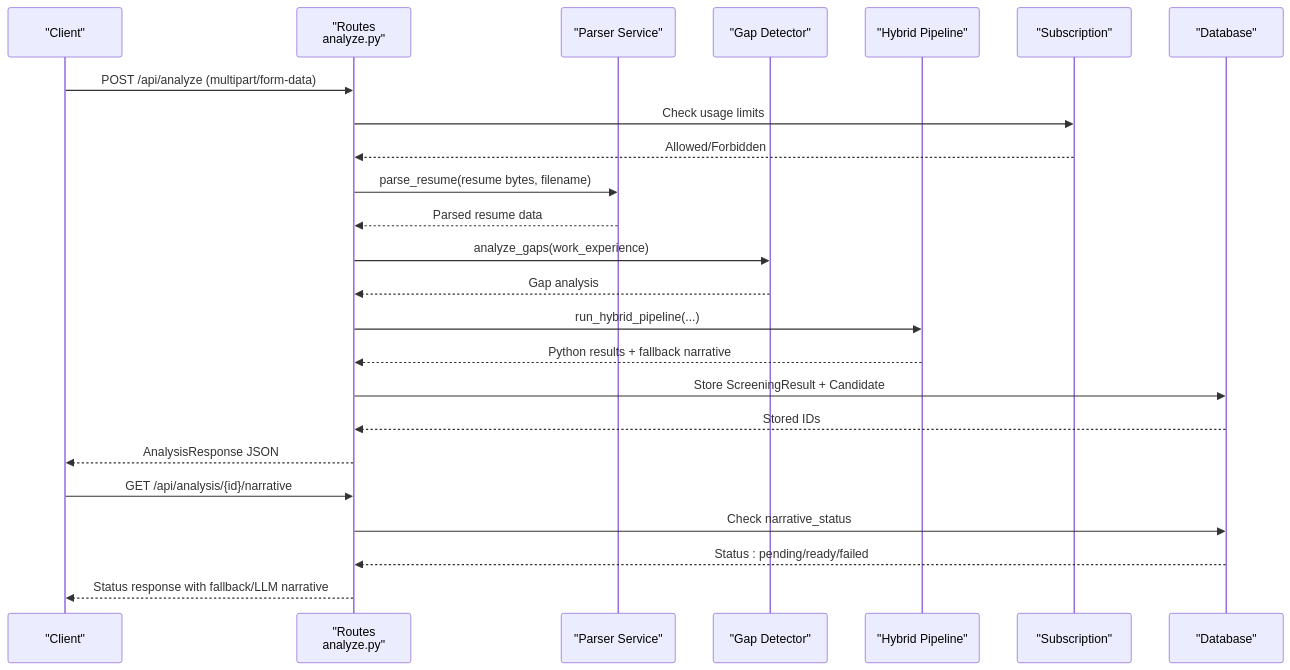
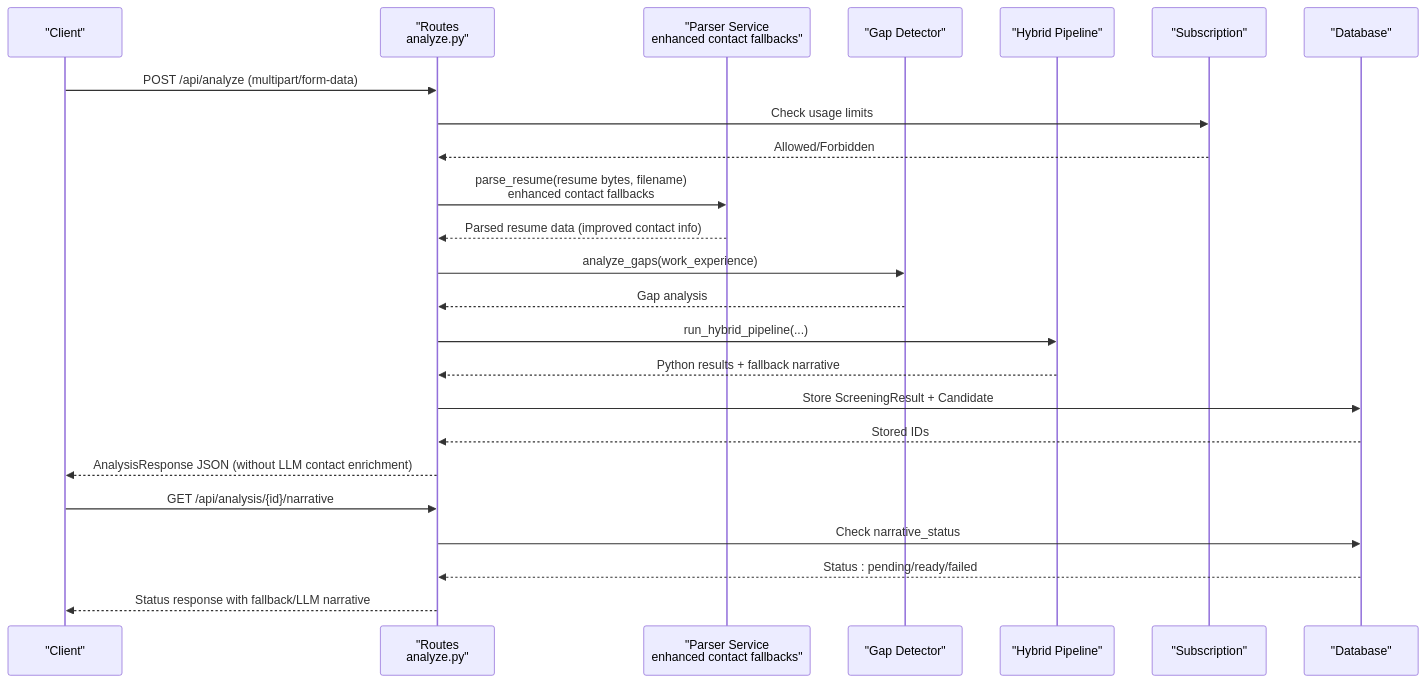
Before and after one commit to Revanththetalogics/aireume: the second of 3 diagrams in .qoder/repowiki/en/content/API Reference/Analysis Endpoints/Analysis Endpoints.md, drawn with Mermaid. The commit also changed other lines of this file and 20 other files, not shown here.

First line of the commit message:
fix: persist complete report data to analysis_result for Candidates page

````diff
--- a/.qoder/repowiki/en/content/API Reference/Analysis Endpoints/Analysis Endpoints.md
+++ b/.qoder/repowiki/en/content/API Reference/Analysis Endpoints/Analysis Endpoints.md
@@ -113,26 +114,26 @@
 ```mermaid
 sequenceDiagram
 participant C as "Client"
 participant R as "Routes<br/>analyze.py"
-participant P as "Parser Service"
+participant P as "Parser Service<br/>enhanced contact fallbacks"
 participant G as "Gap Detector"
 participant H as "Hybrid Pipeline"
 participant S as "Subscription"
 participant D as "Database"
 C->>R : POST /api/analyze (multipart/form-data)
 R->>S : Check usage limits
 S-->>R : Allowed/Forbidden
-R->>P : parse_resume(resume bytes, filename)
-P-->>R : Parsed resume data
+R->>P : parse_resume(resume bytes, filename)<br/>enhanced contact fallbacks
+P-->>R : Parsed resume data (improved contact info)
 R->>G : analyze_gaps(work_experience)
 G-->>R : Gap analysis
 R->>H : run_hybrid_pipeline(...)
 H-->>R : Python results + fallback narrative
 R->>D : Store ScreeningResult + Candidate
 D-->>R : Stored IDs
-R-->>C : AnalysisResponse JSON
+R-->>C : AnalysisResponse JSON (without LLM contact enrichment)
 C->>R : GET /api/analysis/{id}/narrative
 R->>D : Check narrative_status
 D-->>R : Status : pending/ready/failed
 R-->>C : Status response with fallback/LLM narrative
 ```
````
